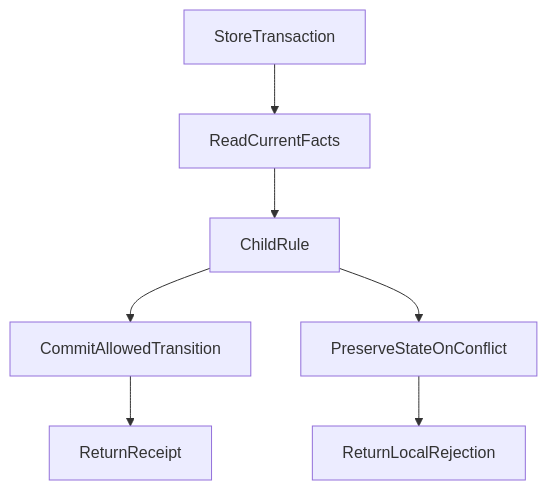
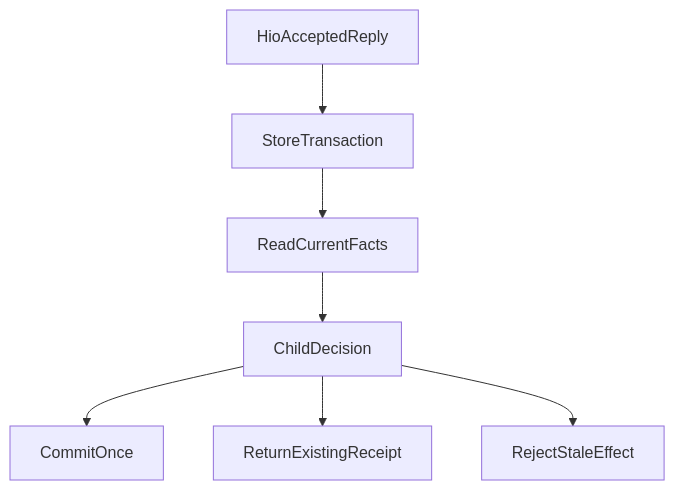
One commit to hpoenixf/eff-agent-article changed the diagram in articles/agent-runtime-refactor-one-day-blocked.md. Above: the diagram before and after it, drawn with Mermaid. The commit also changed other lines of this file, not shown here.

````diff
--- a/articles/agent-runtime-refactor-one-day-blocked.md
+++ b/articles/agent-runtime-refactor-one-day-blocked.md
@@ -134,9 +72,9 @@
 ```mermaid
 graph TD
+HioAcceptedReply --> StoreTransaction
 StoreTransaction --> ReadCurrentFacts
-ReadCurrentFacts --> ChildRule
-ChildRule --> CommitAllowedTransition
-ChildRule --> PreserveStateOnConflict
-CommitAllowedTransition --> ReturnReceipt
-PreserveStateOnConflict --> ReturnLocalRejection
+ReadCurrentFacts --> ChildDecision
+ChildDecision --> CommitOnce
+ChildDecision --> ReturnExistingReceipt
+ChildDecision --> RejectStaleEffect
 ```
````
